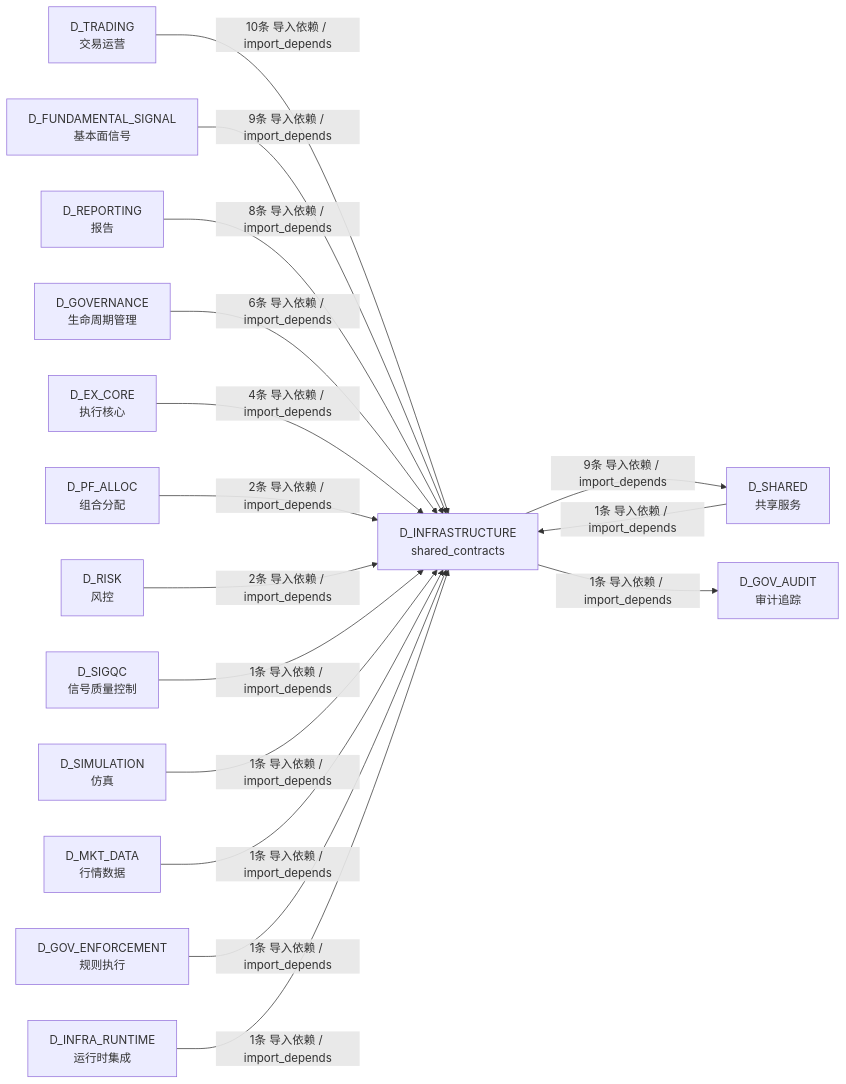
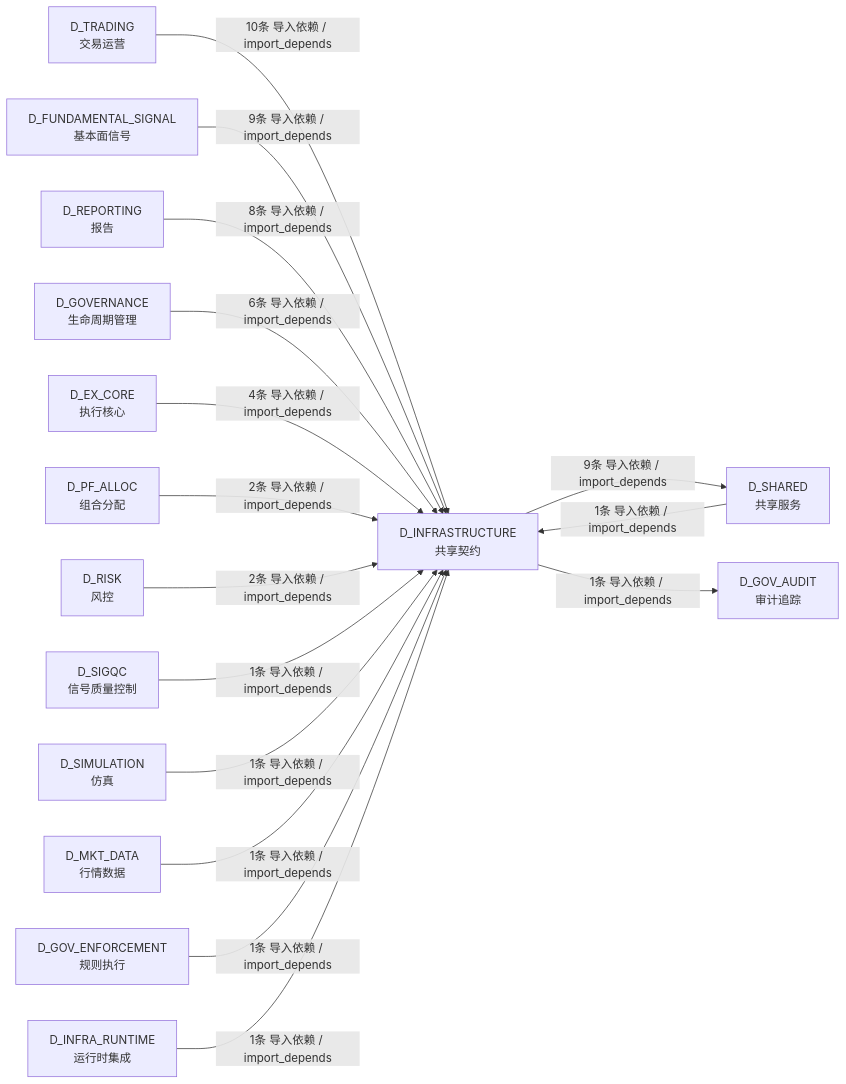
Before and after one commit to xuanFelixVan/ZephyrAlpha: the fourth of 4 diagrams in docs/02_enterprise_architecture/02_domain_architecture_docs/62_d_infrastructure.md, drawn with Mermaid. The commit also changed other lines of this file and 112 other files, not shown here.

````diff
--- a/docs/02_enterprise_architecture/02_domain_architecture_docs/62_d_infrastructure.md
+++ b/docs/02_enterprise_architecture/02_domain_architecture_docs/62_d_infrastructure.md
@@ -355,33 +357,33 @@
 ```mermaid
 graph LR
-    D_INFRASTRUCTURE["D_INFRASTRUCTURE<br/>shared_contracts"]
+    D_INFRASTRUCTURE["D_INFRASTRUCTURE<br/>共享契约"]
     D_SHARED["D_SHARED<br/>共享服务"]
     D_GOV_AUDIT["D_GOV_AUDIT<br/>审计追踪"]
     D_TRADING["D_TRADING<br/>交易运营"]
     D_FUNDAMENTAL_SIGNAL["D_FUNDAMENTAL_SIGNAL<br/>基本面信号"]
     D_REPORTING["D_REPORTING<br/>报告"]
     D_GOVERNANCE["D_GOVERNANCE<br/>生命周期管理"]
     D_EX_CORE["D_EX_CORE<br/>执行核心"]
     D_PF_ALLOC["D_PF_ALLOC<br/>组合分配"]
     D_RISK["D_RISK<br/>风控"]
     D_SIGQC["D_SIGQC<br/>信号质量控制"]
     D_SIMULATION["D_SIMULATION<br/>仿真"]
     D_MKT_DATA["D_MKT_DATA<br/>行情数据"]
     D_GOV_ENFORCEMENT["D_GOV_ENFORCEMENT<br/>规则执行"]
     D_INFRA_RUNTIME["D_INFRA_RUNTIME<br/>运行时集成"]
     D_INFRASTRUCTURE -->|9条 导入依赖 / import_depends| D_SHARED
     D_INFRASTRUCTURE -->|1条 导入依赖 / import_depends| D_GOV_AUDIT
     D_TRADING -->|10条 导入依赖 / import_depends| D_INFRASTRUCTURE
     D_FUNDAMENTAL_SIGNAL -->|9条 导入依赖 / import_depends| D_INFRASTRUCTURE
     D_REPORTING -->|8条 导入依赖 / import_depends| D_INFRASTRUCTURE
     D_GOVERNANCE -->|6条 导入依赖 / import_depends| D_INFRASTRUCTURE
     D_EX_CORE -->|4条 导入依赖 / import_depends| D_INFRASTRUCTURE
     D_PF_ALLOC -->|2条 导入依赖 / import_depends| D_INFRASTRUCTURE
     D_RISK -->|2条 导入依赖 / import_depends| D_INFRASTRUCTURE
     D_SHARED -->|1条 导入依赖 / import_depends| D_INFRASTRUCTURE
     D_SIGQC -->|1条 导入依赖 / import_depends| D_INFRASTRUCTURE
     D_SIMULATION -->|1条 导入依赖 / import_depends| D_INFRASTRUCTURE
     D_MKT_DATA -->|1条 导入依赖 / import_depends| D_INFRASTRUCTURE
     D_GOV_ENFORCEMENT -->|1条 导入依赖 / import_depends| D_INFRASTRUCTURE
     D_INFRA_RUNTIME -->|1条 导入依赖 / import_depends| D_INFRASTRUCTURE
 ```
````
